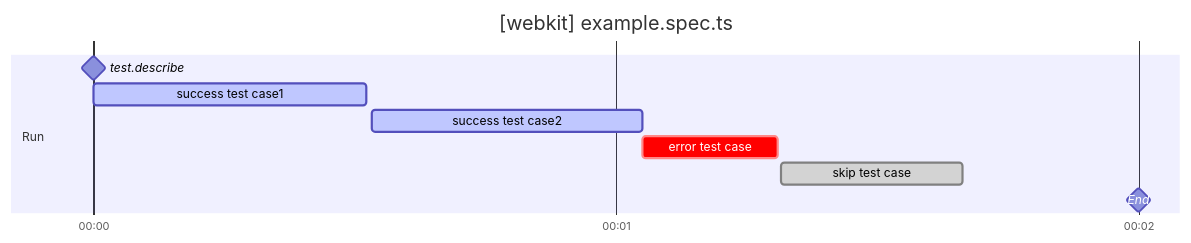
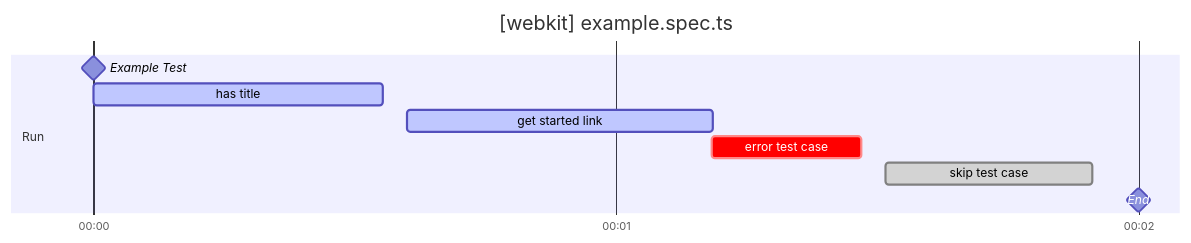
The first of 2 diagrams in README.md (sakamoto66/playwright-markdown-timeline-reporter), drawn with Mermaid before and after one commit. The commit also changed other lines of this file and 1 other file, not shown here.

Commit message:
ass worker graph

````diff
--- a/README.md
+++ b/README.md
@@ -42,17 +126,17 @@
 ```mermaid
 gantt
   title [webkit] example.spec.ts
 
   todayMarker off
   dateFormat  HH:mm:ss
   axisFormat  %H:%M
   tickInterval 1minute
 
   section Run
-    test.describe : milestone, 00:00:00, 0s
-    success test case1: active, 00:00:00, 31.266s
-    success test case2: active, 00:00:32, 31.019s
-    error test case: crit, 00:01:03, 15.619s
-    skip test case: done, 00:01:19, 20.836s
+    Example Test : milestone, 00:00:00, 0s
+    has title: active, 00:00:00, 33.221s
+    get started link: active, 00:00:36, 35.148s
+    error test case: crit, 00:01:11, 17.151s
+    skip test case: done, 00:01:31, 23.74s
     End : milestone, 00:02:00, 0s
 ```
````
